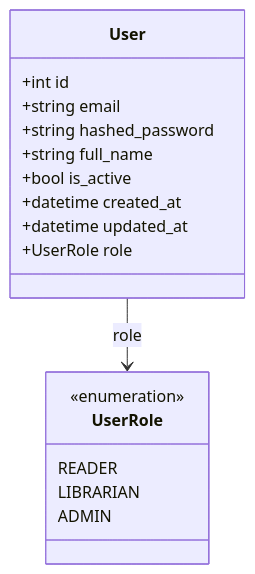
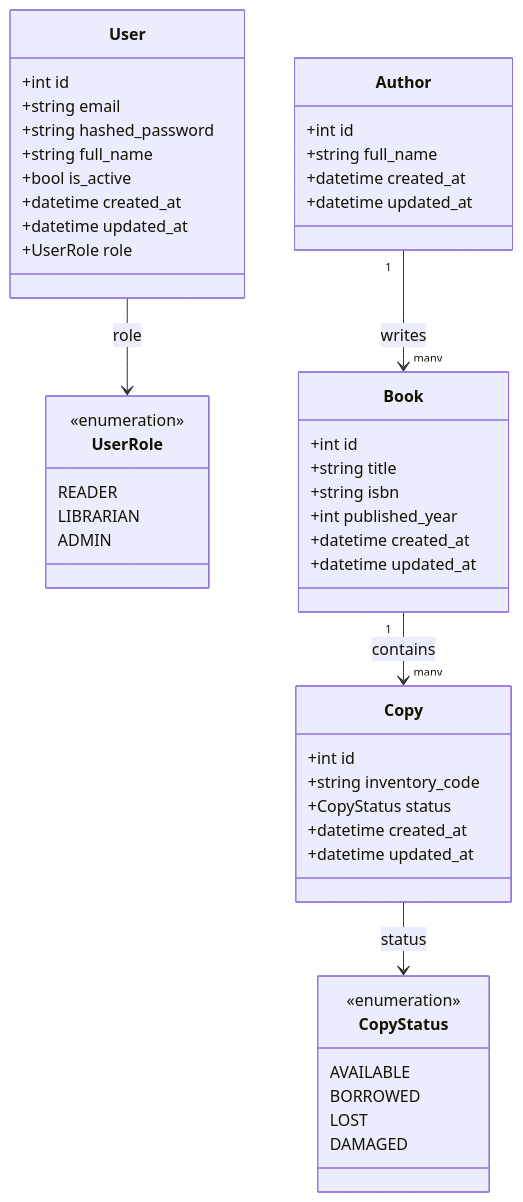
The diagram in docs/uml/class_diagram.mmd (ktymura/library-management-system), drawn with Mermaid before and after one commit.

Commit message:
updated class diagram

```diff
--- a/docs/uml/class_diagram.mmd
+++ b/docs/uml/class_diagram.mmd
@@ -1,21 +1,58 @@
 classDiagram
 
 class User {
     +int id
     +string email
     +string hashed_password
     +string full_name
     +bool is_active
     +datetime created_at
     +datetime updated_at
     +UserRole role
 }
 
 class UserRole {
     <<enumeration>>
     READER
     LIBRARIAN
     ADMIN
 }
 
+class Author {
+    +int id
+    +string full_name
+    +datetime created_at
+    +datetime updated_at
+}
+
+class Book {
+    +int id
+    +string title
+    +string isbn
+    +int published_year
+    +datetime created_at
+    +datetime updated_at
+}
+
+class Copy {
+    +int id
+    +string inventory_code
+    +CopyStatus status
+    +datetime created_at
+    +datetime updated_at
+}
+
+class CopyStatus {
+    <<enumeration>>
+    AVAILABLE
+    BORROWED
+    LOST
+    DAMAGED
+}
+
 User --> UserRole : role
+
+Author "1" --> "many" Book : writes
+Book "1" --> "many" Copy : contains
+
+Copy --> CopyStatus : status
```
